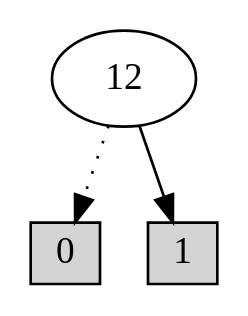
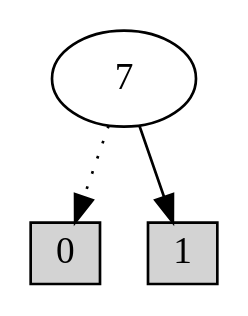
One commit to MieskeB/2IMF25 changed the diagram in ass6/res/circuit06/CC_MUX_REG_1__SCAN_IN_opt.dot. Above: the diagram before and after it, drawn with Graphviz. The commit also changed 830 other files, not shown here.

```diff
--- a/ass6/res/circuit06/CC_MUX_REG_1__SCAN_IN_opt.dot
+++ b/ass6/res/circuit06/CC_MUX_REG_1__SCAN_IN_opt.dot
@@ -1,7 +1,7 @@
 digraph G {
 0 [shape=box, label="0", style=filled, shape=box, height=0.3, width=0.3];
 1 [shape=box, label="1", style=filled, shape=box, height=0.3, width=0.3];
-26 [label="12"];
-26 -> 0 [style=dotted];
-26 -> 1 [style=filled];
+16 [label="7"];
+16 -> 0 [style=dotted];
+16 -> 1 [style=filled];
 }
```
